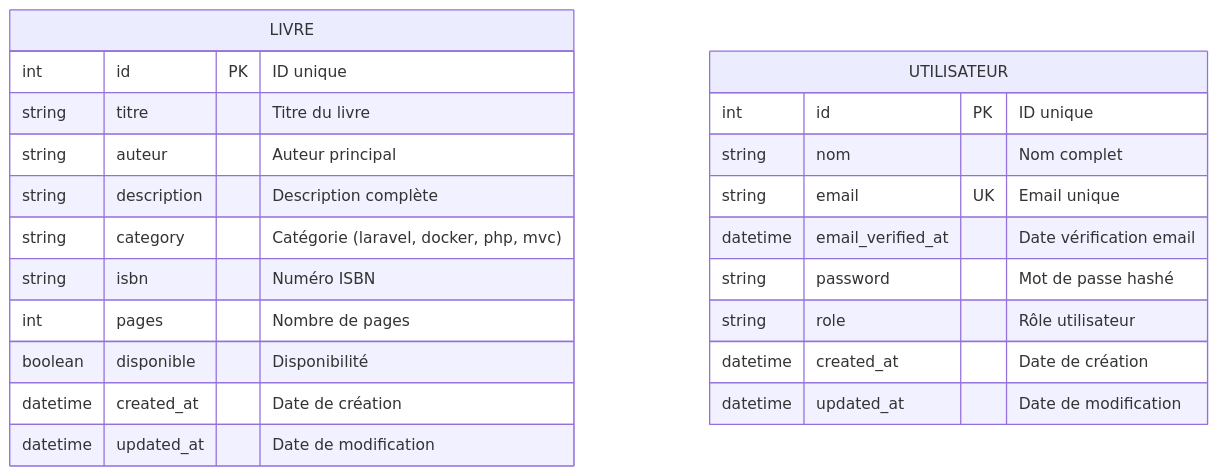
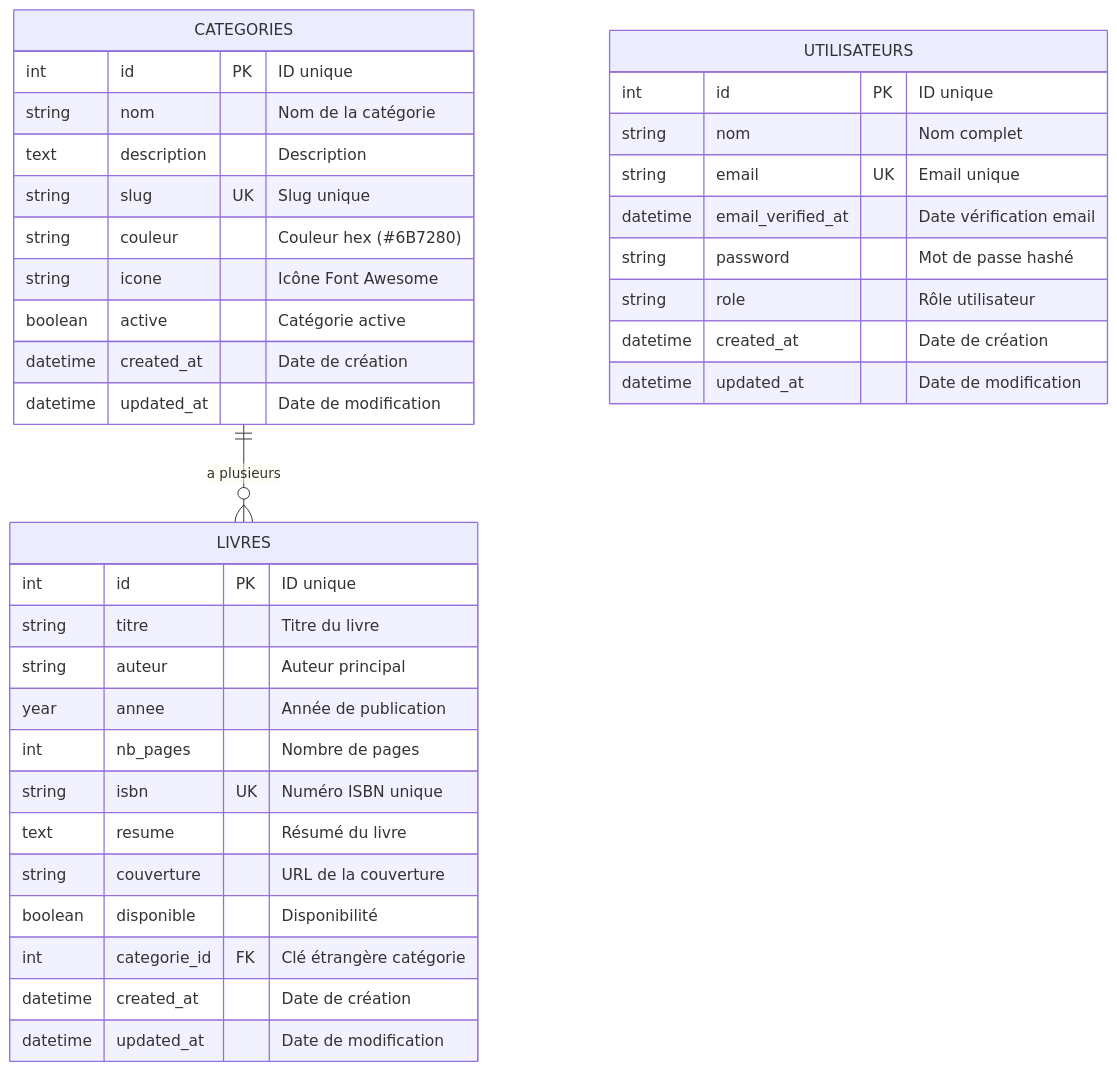
One commit to BTS2-SIO-SLAM-LSW/bibliotech-laravel-bts-sio changed the second of 2 diagrams in README.md. Above: the diagram before and after it, drawn with Mermaid. The commit also changed other lines of this file and 1 other file, not shown here.

````diff
--- a/README.md
+++ b/README.md
@@ -184,26 +188,42 @@
 ```mermaid
 erDiagram
-    LIVRE {
+    CATEGORIES {
         int id PK "ID unique"
-        string titre "Titre du livre"
-        string auteur "Auteur principal"
-        string description "Description complète"
-        string category "Catégorie (laravel, docker, php, mvc)"
-        string isbn "Numéro ISBN"
-        int pages "Nombre de pages"
-        boolean disponible "Disponibilité"
+        string nom "Nom de la catégorie"
+        text description "Description"
+        string slug UK "Slug unique"
+        string couleur "Couleur hex (#6B7280)"
+        string icone "Icône Font Awesome"
+        boolean active "Catégorie active"
         datetime created_at "Date de création"
         datetime updated_at "Date de modification"
     }
     
-    UTILISATEUR {
+    LIVRES {
+        int id PK "ID unique"
+        string titre "Titre du livre"
+        string auteur "Auteur principal"
+        year annee "Année de publication"
+        int nb_pages "Nombre de pages"
+        string isbn UK "Numéro ISBN unique"
+        text resume "Résumé du livre"
+        string couverture "URL de la couverture"
+        boolean disponible "Disponibilité"
+        int categorie_id FK "Clé étrangère catégorie"
+        datetime created_at "Date de création"
+        datetime updated_at "Date de modification"
+    }
+    
+    UTILISATEURS {
         int id PK "ID unique"
         string nom "Nom complet"
         string email UK "Email unique"
         datetime email_verified_at "Date vérification email"
         string password "Mot de passe hashé"
         string role "Rôle utilisateur"
         datetime created_at "Date de création"
         datetime updated_at "Date de modification"
     }
+    
+    CATEGORIES ||--o{ LIVRES : "a plusieurs"
 ```
````
